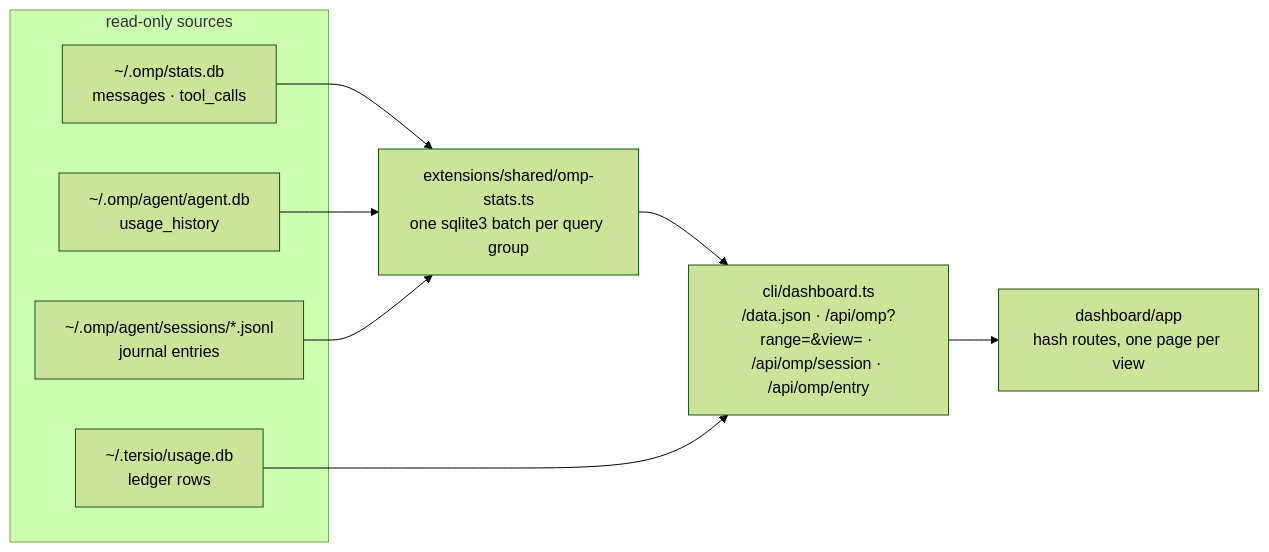
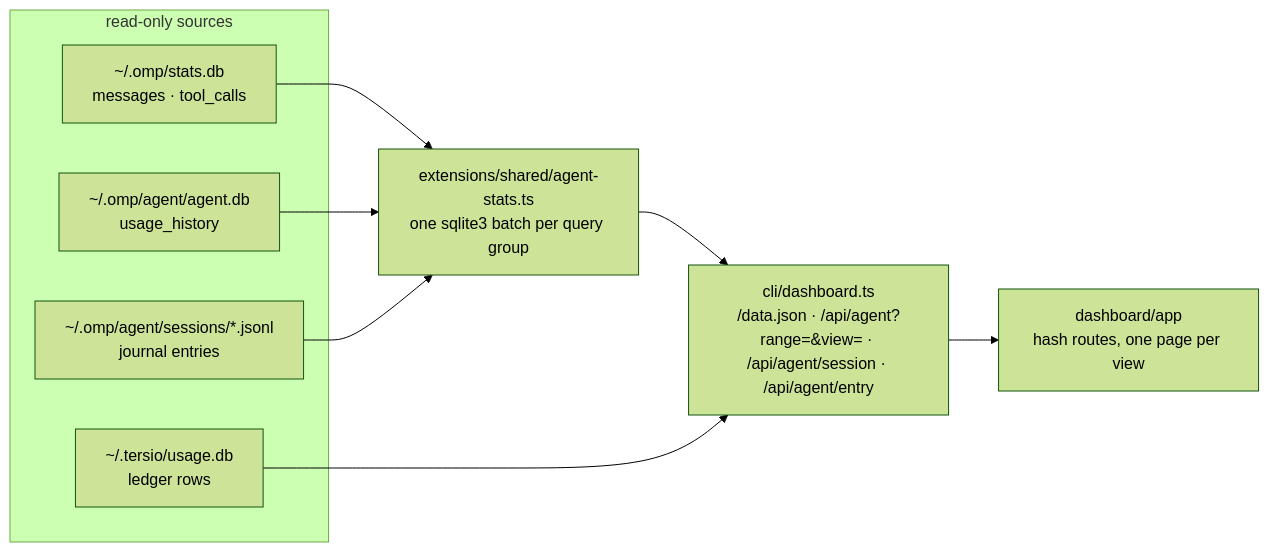
Before and after one commit to KurutoDenzeru/tersio: the third of 3 diagrams in docs/ARCHITECTURE.md, drawn with Mermaid (forest theme). The commit also changed other lines of this file and 106 other files, not shown here.

````diff
--- a/docs/ARCHITECTURE.md
+++ b/docs/ARCHITECTURE.md
@@ -71,18 +71,18 @@
 ```mermaid
 flowchart LR
   subgraph SRC["read-only sources"]
     SDB["~/.omp/stats.db<br/>messages · tool_calls"]
     ADB["~/.omp/agent/agent.db<br/>usage_history"]
     JRN["~/.omp/agent/sessions/*.jsonl<br/>journal entries"]
     UDB["~/.tersio/usage.db<br/>ledger rows"]
   end
-  AGG["extensions/shared/omp-stats.ts<br/>one sqlite3 batch per query group"]
-  SRV["cli/dashboard.ts<br/>/data.json · /api/omp?range=&view= · /api/omp/session · /api/omp/entry"]
+  AGG["extensions/shared/agent-stats.ts<br/>one sqlite3 batch per query group"]
+  SRV["cli/dashboard.ts<br/>/data.json · /api/agent?range=&view= · /api/agent/session · /api/agent/entry"]
   UI["dashboard/app<br/>hash routes, one page per view"]
   SDB --> AGG
   ADB --> AGG
   JRN --> AGG
   AGG --> SRV
   UDB --> SRV
   SRV --> UI
 ```
````
